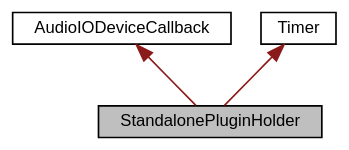
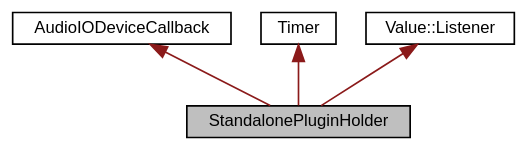
The diagram in doc/classStandalonePluginHolder__inherit__graph.dot (klangfreund/jucedoc), drawn with Graphviz before and after one commit. The commit also changed 2725 other files, not shown here.

```diff
--- a/doc/classStandalonePluginHolder__inherit__graph.dot
+++ b/doc/classStandalonePluginHolder__inherit__graph.dot
@@ -1,11 +1,13 @@
 digraph "StandalonePluginHolder"
 {
   bgcolor="transparent";
   edge [fontname="Helvetica",fontsize="10",labelfontname="Helvetica",labelfontsize="10"];
   node [fontname="Helvetica",fontsize="10",shape=record];
   Node0 [label="StandalonePluginHolder",height=0.2,width=0.4,color="black", fillcolor="grey75", style="filled", fontcolor="black"];
   Node1 -> Node0 [dir="back",color="firebrick4",fontsize="10",style="solid",fontname="Helvetica"];
   Node1 [label="AudioIODeviceCallback",height=0.2,width=0.4,color="black",URL="$classAudioIODeviceCallback.html",tooltip="One of these is passed to an AudioIODevice object to stream the audio data in and out..."];
   Node2 -> Node0 [dir="back",color="firebrick4",fontsize="10",style="solid",fontname="Helvetica"];
   Node2 [label="Timer",height=0.2,width=0.4,color="black",URL="$classTimer.html",tooltip="Makes repeated callbacks to a virtual method at a specified time interval. "];
+  Node3 -> Node0 [dir="back",color="firebrick4",fontsize="10",style="solid",fontname="Helvetica"];
+  Node3 [label="Value::Listener",height=0.2,width=0.4,color="black",URL="$classValue_1_1Listener.html",tooltip="Receives callbacks when a Value object changes. "];
 }
```
